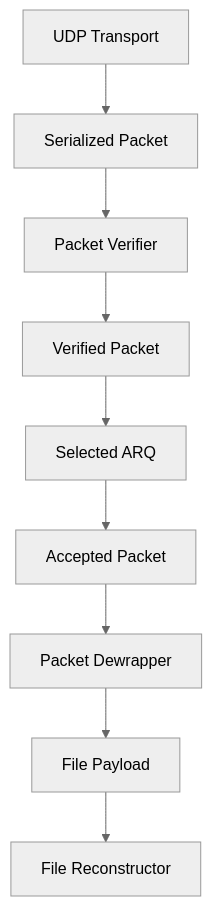
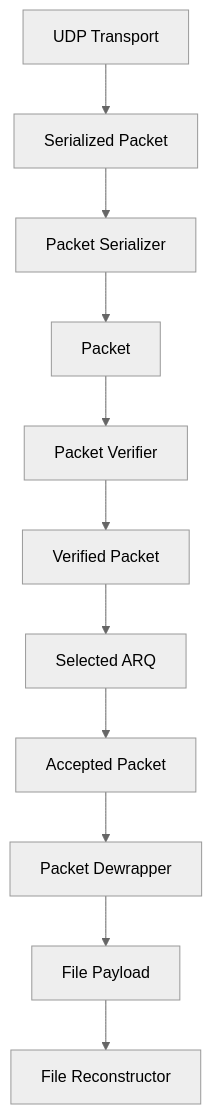
Before and after one commit to Siddharth-Nath-06/Reliable-UDP: the fourth of 8 diagrams in docs/architecture.md, drawn with Mermaid (neutral theme). The commit also changed other lines of this file, not shown here.

Commit message:
correct data flow of packet creation

````diff
--- a/docs/architecture.md
+++ b/docs/architecture.md
@@ -158,22 +170,26 @@
 ```mermaid
 flowchart TD
 
     A[UDP Transport]
     B[Serialized Packet]
-    C[Packet Verifier]
-    D[Verified Packet]
-    E[Selected ARQ]
-    F[Accepted Packet]
-    G[Packet Dewrapper]
-    H[File Payload]
-    I[File Reconstructor]
+    C[Packet Serializer]
+    D[Packet]
+    E[Packet Verifier]
+    F[Verified Packet]
+    G[Selected ARQ]
+    H[Accepted Packet]
+    I[Packet Dewrapper]
+    J[File Payload]
+    K[File Reconstructor]
 
     A --> B
     B --> C
     C --> D
     D --> E
     E --> F
     F --> G
     G --> H
     H --> I
+    I --> J
+    J --> K
 ```
````
